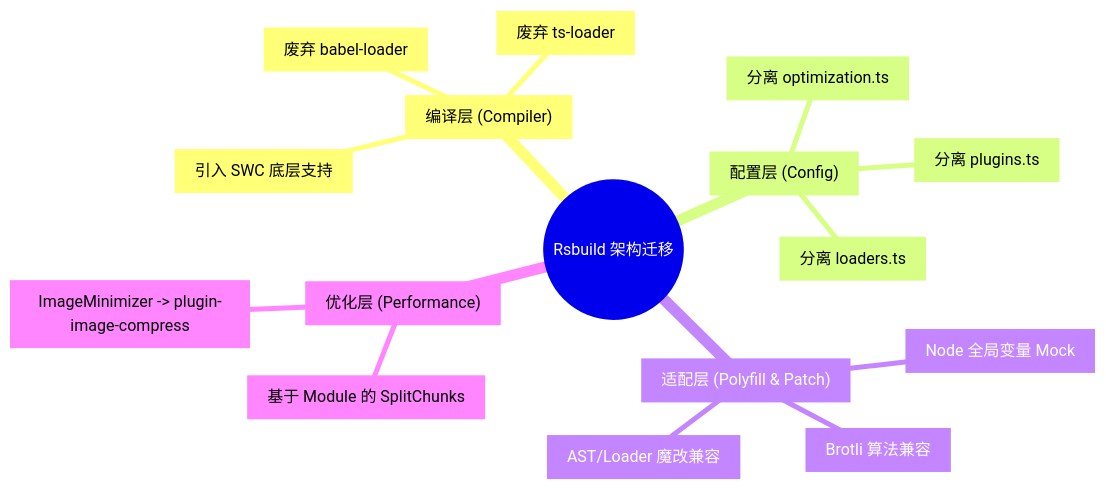
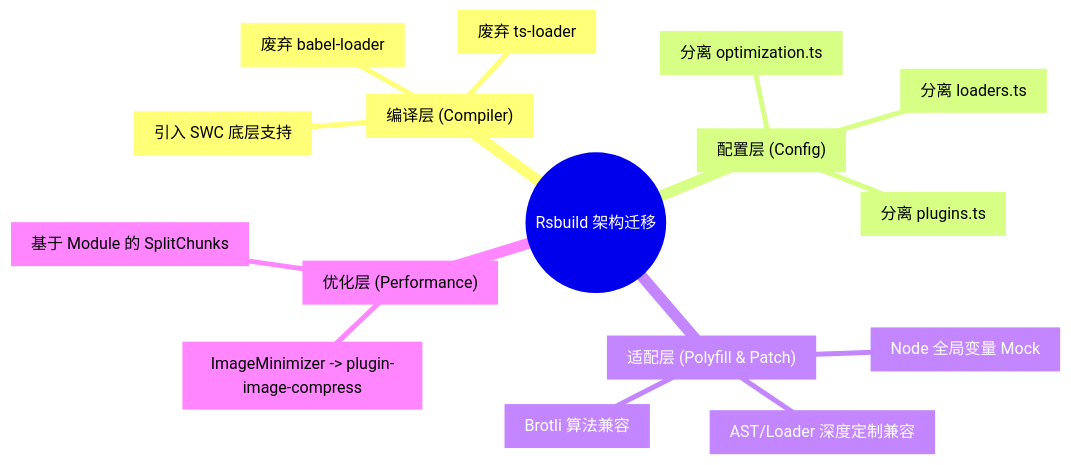
Before and after one commit to NollieLeo/NollieLeo.github.io: the diagram in src/content/posts/zed-rsbuild-migration/index.md, drawn with Mermaid. The commit also changed other lines of this file and 5 other files, not shown here.

````diff
--- a/src/content/posts/zed-rsbuild-migration/index.md
+++ b/src/content/posts/zed-rsbuild-migration/index.md
@@ -29,19 +29,19 @@
 ```mermaid
 mindmap
   root(("Rsbuild 架构迁移"))
     ["编译层 (Compiler)"]
       ["废弃 babel-loader"]
       ["废弃 ts-loader"]
       ["引入 SWC 底层支持"]
     ["配置层 (Config)"]
       ["分离 optimization.ts"]
       ["分离 plugins.ts"]
       ["分离 loaders.ts"]
     ["适配层 (Polyfill & Patch)"]
       ["Node 全局变量 Mock"]
       ["Brotli 算法兼容"]
-      ["AST/Loader 魔改兼容"]
+      ["AST/Loader 深度定制兼容"]
     ["优化层 (Performance)"]
       ["基于 Module 的 SplitChunks"]
       ["ImageMinimizer -> plugin-image-compress"]
 ```
````
